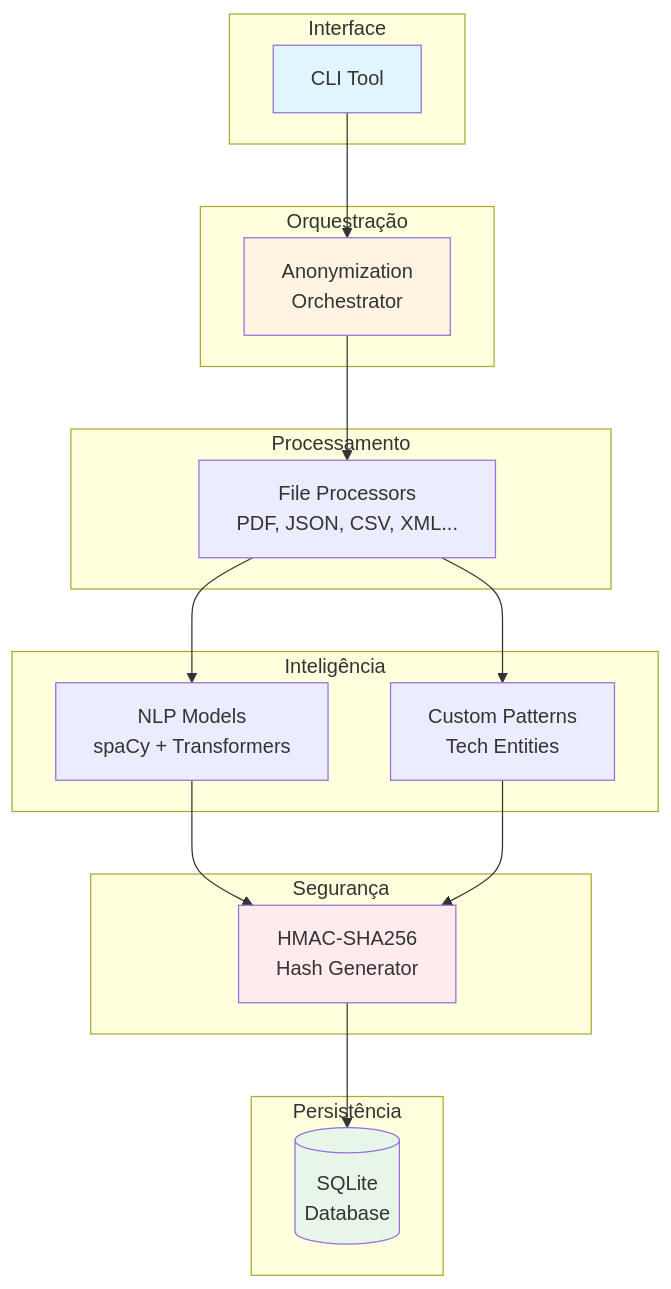
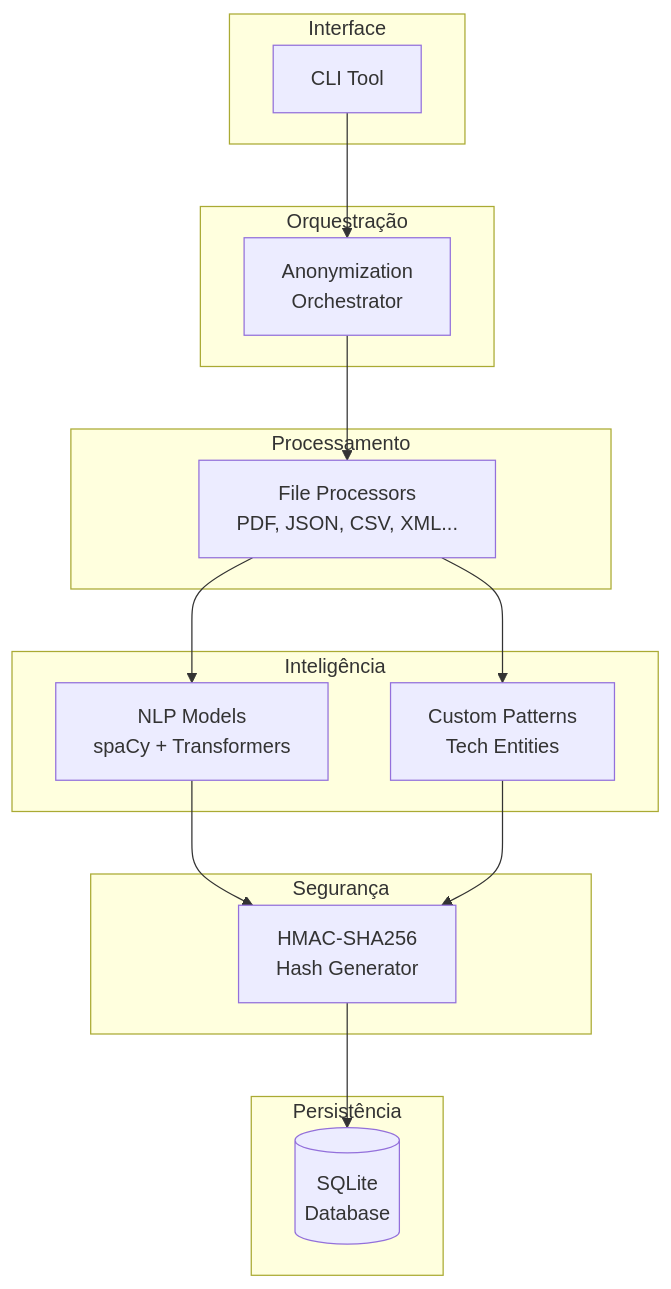
Before and after one commit to AnonShield/anonshield: diagram 14 of 24 in docs/diagrams.md, drawn with Mermaid. The commit also changed other lines of this file, not shown here.

First line of the commit message:
Remove style definitions from diagrams

````diff
--- a/docs/diagrams.md
+++ b/docs/diagrams.md
@@ -881,40 +847,36 @@
 ```mermaid
 graph TB
     subgraph "Interface"
         CLI[CLI Tool]
     end
     
     subgraph "Orquestração"
         Engine[Anonymization<br/>Orchestrator]
     end
     
     subgraph "Processamento"
         Processors[File Processors<br/>PDF, JSON, CSV, XML...]
     end
     
     subgraph "Inteligência"
         NLP[NLP Models<br/>spaCy + Transformers]
         Regex[Custom Patterns<br/>Tech Entities]
     end
     
     subgraph "Segurança"
         Hash[HMAC-SHA256<br/>Hash Generator]
     end
     
     subgraph "Persistência"
         DB[(SQLite<br/>Database)]
     end
     
     CLI --> Engine
     Engine --> Processors
     Processors --> NLP
     Processors --> Regex
     NLP --> Hash
     Regex --> Hash
     Hash --> DB
     
-    style CLI fill:#e1f5ff
-    style Engine fill:#fff4e1
-    style Hash fill:#ffebee
-    style DB fill:#e8f5e9
 ```
````
